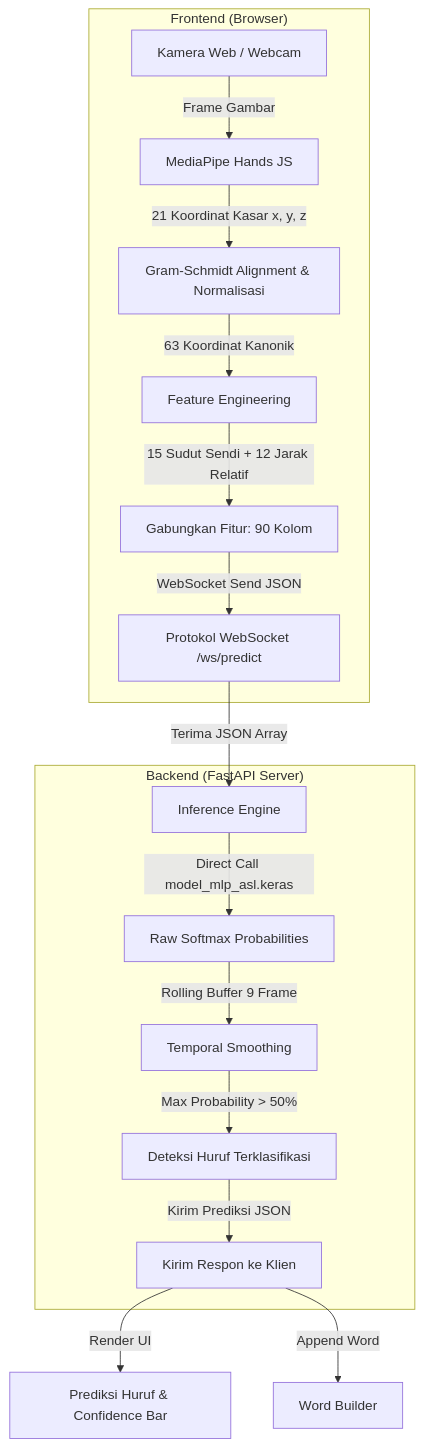
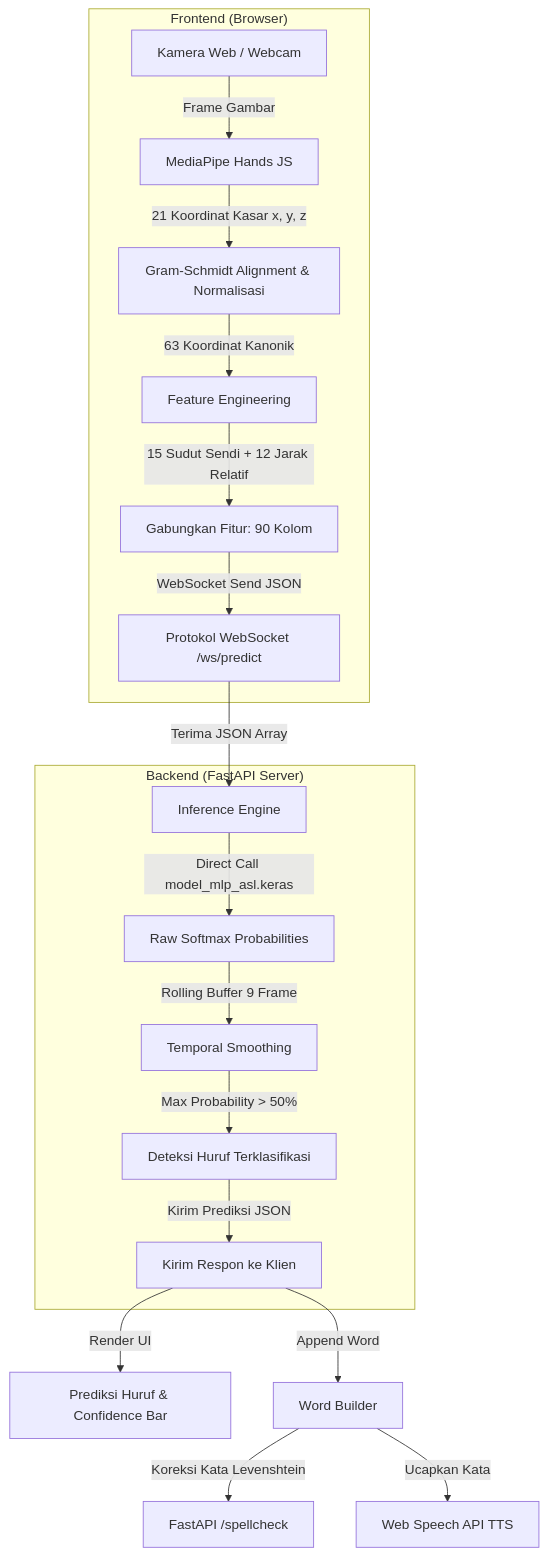
The first of 3 diagrams in README.md (rachmatx/asl-translator-v2.1), drawn with Mermaid before and after one commit. The commit also changed other lines of this file, not shown here.

````diff
--- a/README.md
+++ b/README.md
@@ -38,24 +38,26 @@
 ```mermaid
 graph TD
     %% Frontend (Browser)
     subgraph Klien ["Frontend (Browser)"]
         A[Kamera Web / Webcam] -->|Frame Gambar| B[MediaPipe Hands JS]
         B -->|21 Koordinat Kasar x, y, z| C[Gram-Schmidt Alignment & Normalisasi]
         C -->|63 Koordinat Kanonik| D[Feature Engineering]
         D -->|15 Sudut Sendi + 12 Jarak Relatif| E[Gabungkan Fitur: 90 Kolom]
         E -->|WebSocket Send JSON| F[Protokol WebSocket /ws/predict]
     end
 
     %% Backend (FastAPI Server)
     subgraph Server ["Backend (FastAPI Server)"]
         F -->|Terima JSON Array| G[Inference Engine]
         G -->|Direct Call model_mlp_asl.keras| H[Raw Softmax Probabilities]
         H -->|Rolling Buffer 9 Frame| I[Temporal Smoothing]
         I -->|Max Probability > 50%| J[Deteksi Huruf Terklasifikasi]
         J -->|Kirim Prediksi JSON| K[Kirim Respon ke Klien]
     end
 
     %% Tampilan & Output
     K -->|Render UI| L[Prediksi Huruf & Confidence Bar]
     K -->|Append Word| M[Word Builder]
+    M -->|Koreksi Kata Levenshtein| N[FastAPI /spellcheck]
+    M -->|Ucapkan Kata| O[Web Speech API TTS]
 ```
````
